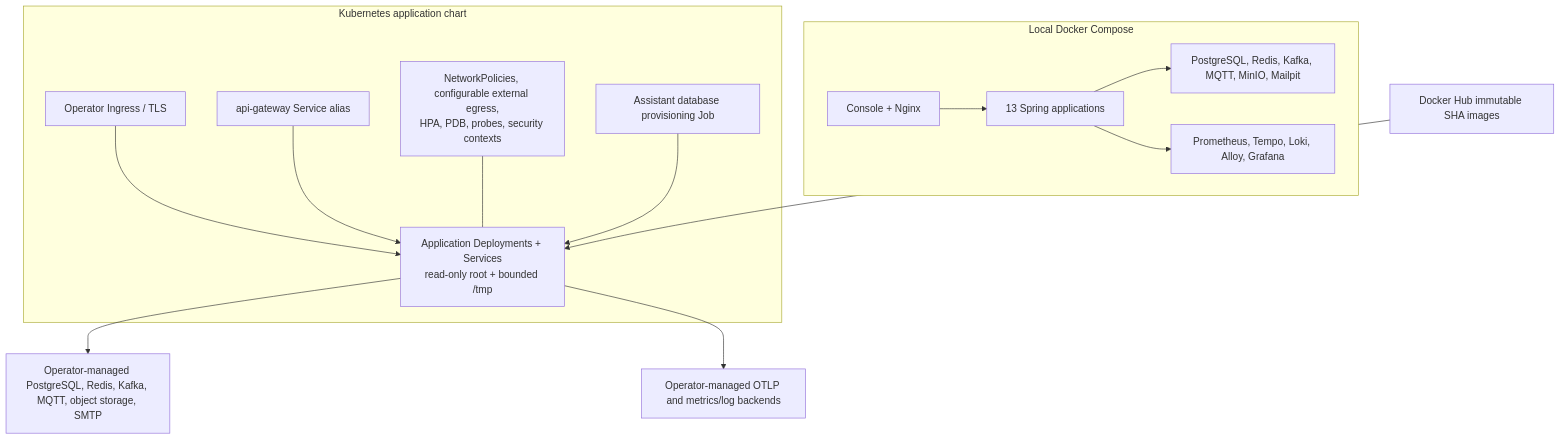
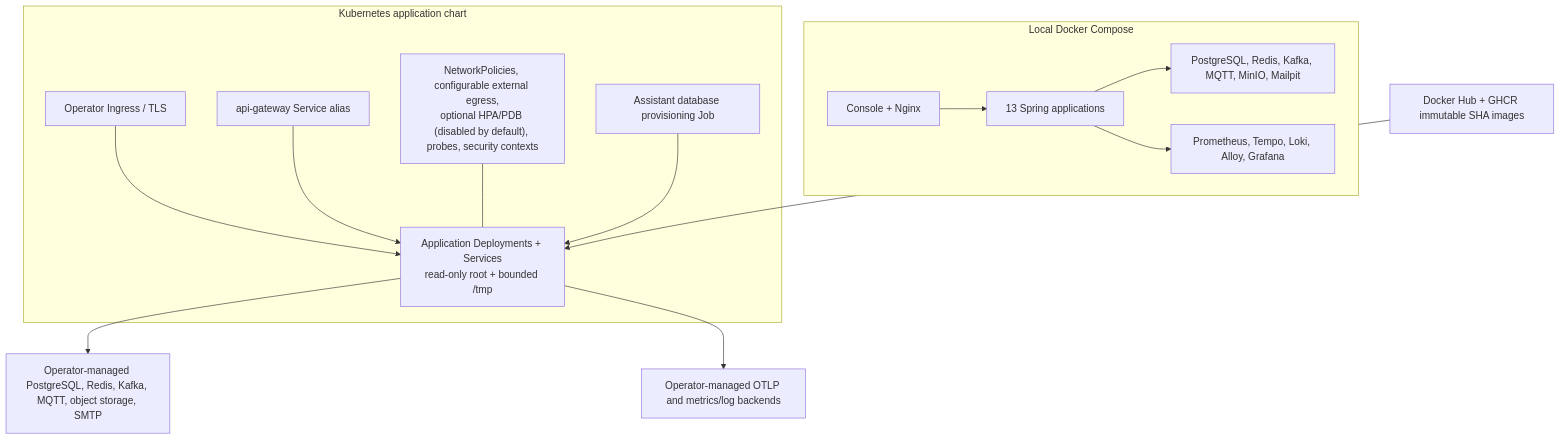
The diagram in docs/diagrams/deployment-architecture.md (JasonTM17/AgriCore_SpringBoot_Microservices), drawn with Mermaid before and after one commit. The commit also changed other lines of this file and 7 other files, not shown here.

Commit message:
docs(architecture): correct v1 operational boundaries

````diff
--- a/docs/diagrams/deployment-architecture.md
+++ b/docs/diagrams/deployment-architecture.md
@@ -3,31 +3,31 @@
 ```mermaid
 flowchart TB
     subgraph local["Local Docker Compose"]
         localEdge["Console + Nginx"]
         localApps["13 Spring applications"]
         localData["PostgreSQL, Redis, Kafka, MQTT, MinIO, Mailpit"]
         localObs["Prometheus, Tempo, Loki, Alloy, Grafana"]
         localEdge --> localApps --> localData
         localApps --> localObs
     end
 
     subgraph cluster["Kubernetes application chart"]
         ingress["Operator Ingress / TLS"]
         workloads["Application Deployments + Services\nread-only root + bounded /tmp"]
         gatewayAlias["api-gateway Service alias"]
-        policies["NetworkPolicies, configurable external egress,\nHPA, PDB, probes, security contexts"]
+        policies["NetworkPolicies, configurable external egress,\noptional HPA/PDB (disabled by default), probes, security contexts"]
         dbJob["Assistant database provisioning Job"]
         ingress --> workloads
         gatewayAlias --> workloads
         policies --- workloads
         dbJob --> workloads
     end
 
     externalData["Operator-managed PostgreSQL, Redis, Kafka, MQTT, object storage, SMTP"]
     externalObs["Operator-managed OTLP and metrics/log backends"]
-    registry["Docker Hub immutable SHA images"]
+    registry["Docker Hub + GHCR immutable SHA images"]
 
     registry --> workloads
     workloads --> externalData
     workloads --> externalObs
 ```
````
